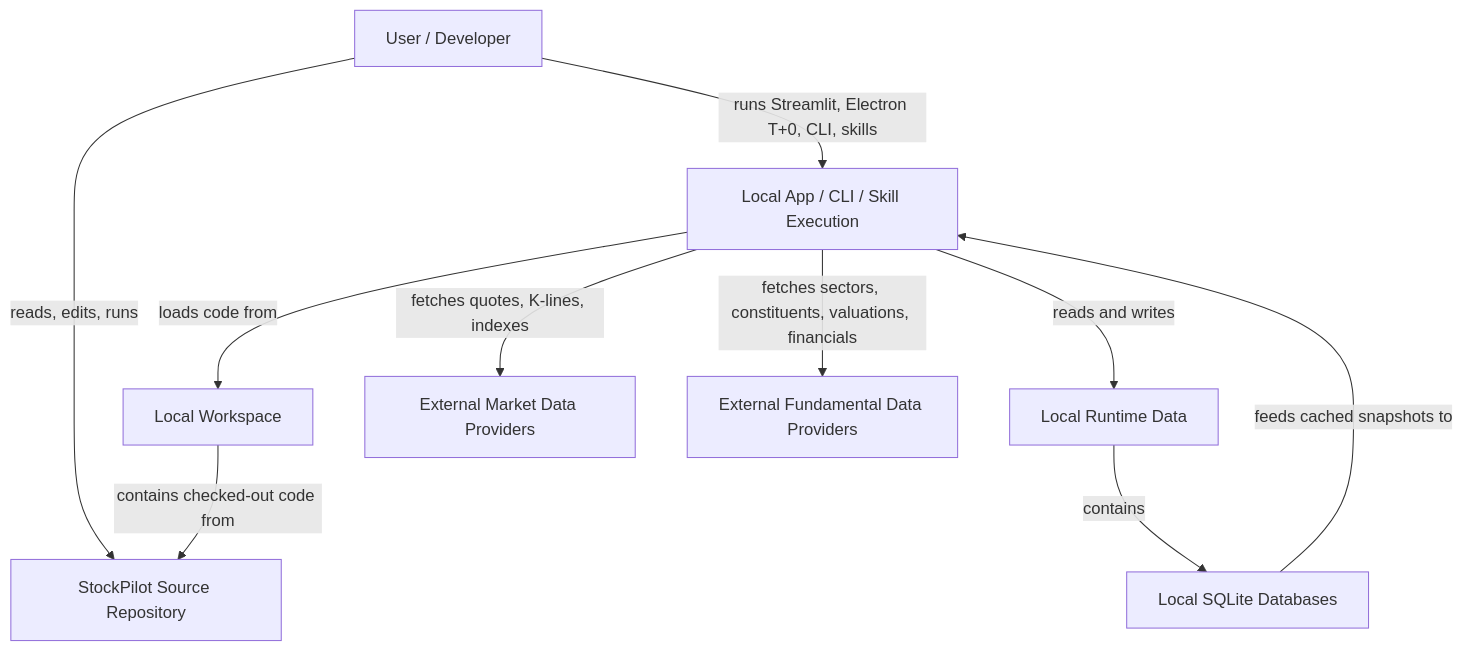
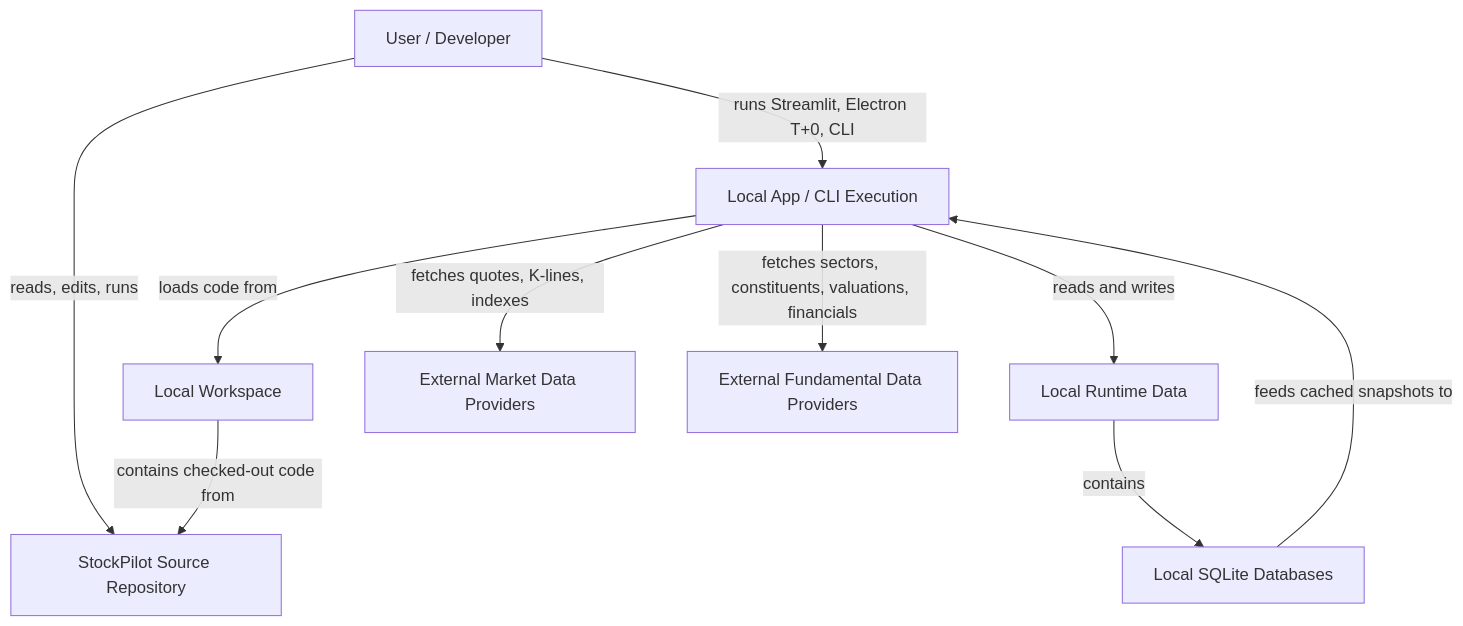
One commit to shenjee/stockpilot changed the diagram in docs/architecture/c4-context.md. Above: the diagram before and after it, drawn with Mermaid. The commit also changed other lines of this file and 61 other files, not shown here.

````diff
--- a/docs/architecture/c4-context.md
+++ b/docs/architecture/c4-context.md
@@ -14,24 +14,24 @@
 ```mermaid
 graph TD
     User[User / Developer]
-    Runtime[Local App / CLI / Skill Execution]
+    Runtime[Local App / CLI Execution]
     Repo[StockPilot Source Repository]
     Workspace[Local Workspace]
     RuntimeData[Local Runtime Data]
     SQLite[Local SQLite Databases]
     MarketProviders[External Market Data Providers]
     FundamentalProviders[External Fundamental Data Providers]
 
     User -->|reads, edits, runs| Repo
-    User -->|runs Streamlit, Electron T+0, CLI, skills| Runtime
+    User -->|runs Streamlit, Electron T+0, CLI| Runtime
     Runtime -->|loads code from| Workspace
     Workspace -->|contains checked-out code from| Repo
 
     Runtime -->|reads and writes| RuntimeData
     RuntimeData -->|contains| SQLite
 
     Runtime -->|fetches quotes, K-lines, indexes| MarketProviders
     Runtime -->|fetches sectors, constituents, valuations, financials| FundamentalProviders
 
     SQLite -->|feeds cached snapshots to| Runtime
 ```
````
